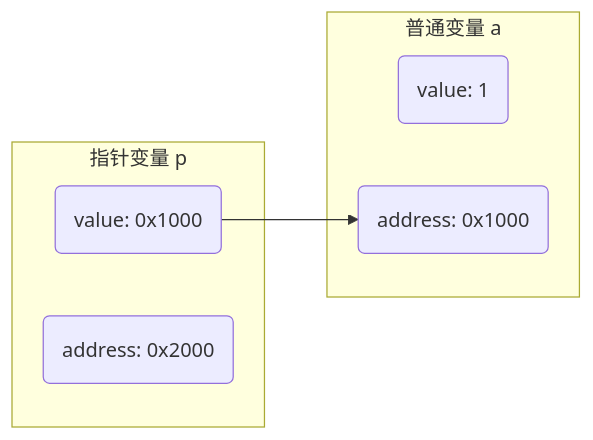
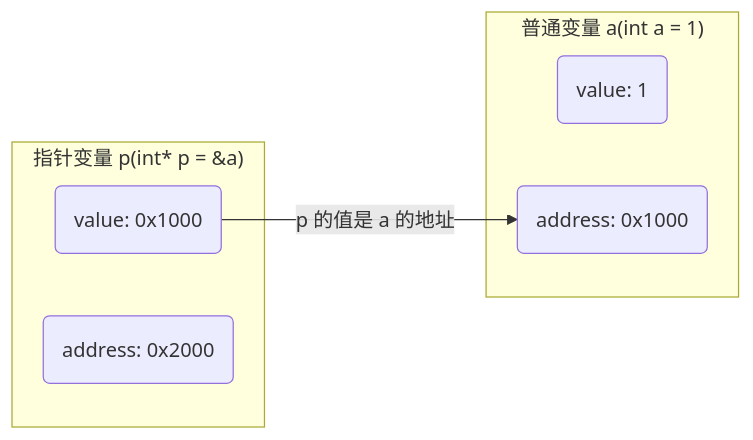
Before and after one commit to dmjcb/dmjcb.github.io: the third of 13 diagrams in _posts/c_c++/pointer/2022-01-08-pointer.md, drawn with Mermaid. The commit also changed other lines of this file and 1 other file, not shown here.

````diff
--- a/_posts/c_c++/pointer/2022-01-08-pointer.md
+++ b/_posts/c_c++/pointer/2022-01-08-pointer.md
@@ -47,12 +129,12 @@
 ```mermaid
 graph LR;
-    subgraph a[普通变量 a]
+    subgraph a["普通变量 a(int a = 1)"]
         V2(value: 1)
         A2(address: 0x1000)
     end
-    subgraph p[指针变量 p]
+    subgraph p["指针变量 p(int* p = &a)"]
         V1(value: 0x1000)
         A1(address: 0x2000)
     end
-    V1-->A2
+    V1 -->|p 的值是 a 的地址| A2
 ```
````
